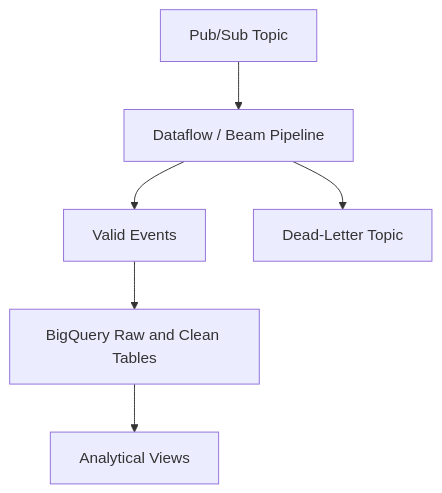
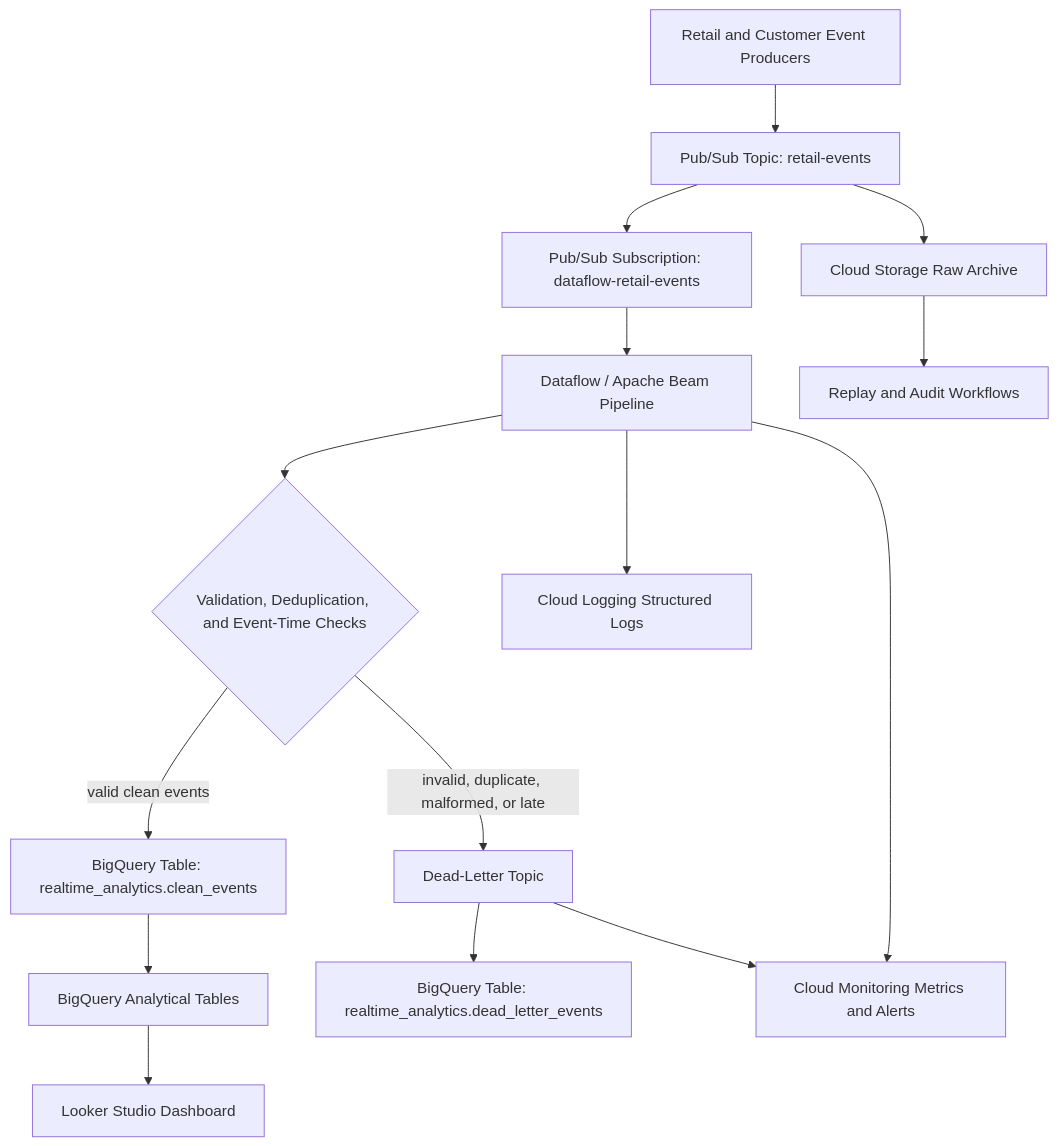
Before and after one commit to Ibraheemolasupogit/gcp-realtime-data-engineering-platform: the diagram in diagrams/dataflow_reference_architecture.mmd, drawn with Mermaid. The commit also changed 7 other files, not shown here.

Commit message:
Add Apache Beam and Dataflow reference design

```diff
--- a/diagrams/dataflow_reference_architecture.mmd
+++ b/diagrams/dataflow_reference_architecture.mmd
@@ -1,6 +1,18 @@
 flowchart TB
-    A["Pub/Sub Topic"] --> B["Dataflow / Beam Pipeline"]
-    B --> C["Valid Events"]
-    B --> D["Dead-Letter Topic"]
-    C --> E["BigQuery Raw and Clean Tables"]
-    E --> F["Analytical Views"]
+    A["Retail and Customer Event Producers"] --> B["Pub/Sub Topic: retail-events"]
+    B --> C["Pub/Sub Subscription: dataflow-retail-events"]
+    C --> D["Dataflow / Apache Beam Pipeline"]
+    B --> E["Cloud Storage Raw Archive"]
+
+    D --> F{"Validation, Deduplication, and Event-Time Checks"}
+    F -->|"valid clean events"| G["BigQuery Table: realtime_analytics.clean_events"]
+    F -->|"invalid, duplicate, malformed, or late"| H["Dead-Letter Topic"]
+    H --> I["BigQuery Table: realtime_analytics.dead_letter_events"]
+
+    G --> J["BigQuery Analytical Tables"]
+    J --> K["Looker Studio Dashboard"]
+
+    D --> L["Cloud Logging Structured Logs"]
+    D --> M["Cloud Monitoring Metrics and Alerts"]
+    H --> M
+    E --> N["Replay and Audit Workflows"]
```
